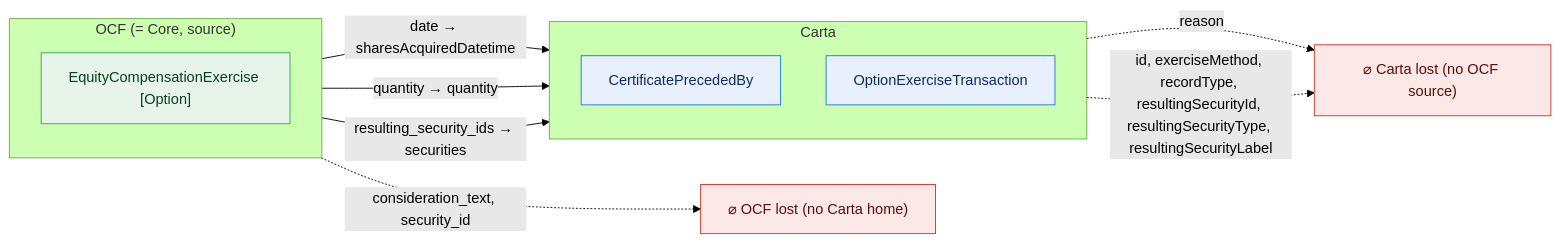
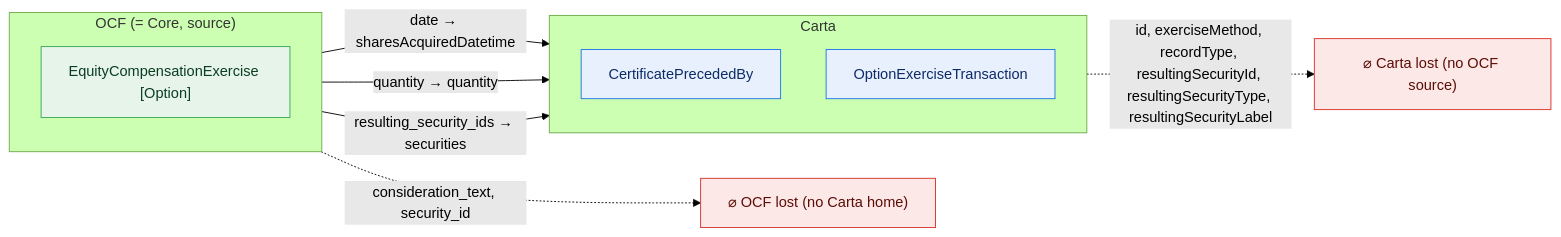
One commit to Open-Cap-Table-Coalition/OCF-Composed-Schemas changed diagram 18 of 47 in docs/core-bidirectional-flow.md. Above: the diagram before and after it, drawn with Mermaid (forest theme). The commit also changed other lines of this file and 5 other files, not shown here.

First line of the commit message:
Composite const: flow the fixed reasons into the final lineage objects too

````diff
--- a/docs/core-bidirectional-flow.md
+++ b/docs/core-bidirectional-flow.md
@@ -553,24 +554,23 @@
 ```mermaid
 flowchart LR
   classDef adm fill:#e6f4ea,stroke:#34a853,color:#0b3d20;
   classDef notadm fill:#f1f3f4,stroke:#9aa0a6,color:#5f6368,stroke-dasharray:4 3;
   classDef carta fill:#e8f0fe,stroke:#1a73e8,color:#0d2b66;
   classDef lost fill:#fce8e6,stroke:#d93025,color:#5c0d06;
   subgraph SRC["OCF (= Core, source)"]
     direction TB
     o0["EquityCompensationExercise [Option]"]:::adm
   end
   subgraph TGT["Carta"]
     direction TB
     t0["CertificatePrecededBy"]:::carta
     t1["OptionExerciseTransaction"]:::carta
   end
   ocflost["⌀ OCF lost (no Carta home)"]:::lost
   cartalost["⌀ Carta lost (no OCF source)"]:::lost
   o0 -->|"date → sharesAcquiredDatetime"| t1
   o0 -->|"quantity → quantity"| t1
   o0 -->|"resulting_security_ids → securities"| t0
   o0 -.->|"consideration_text, security_id"| ocflost
-  t0 -.->|"reason"| cartalost
   t1 -.->|"id, exerciseMethod, recordType, resultingSecurityId, resultingSecurityType, resultingSecurityLabel"| cartalost
 ```
````
